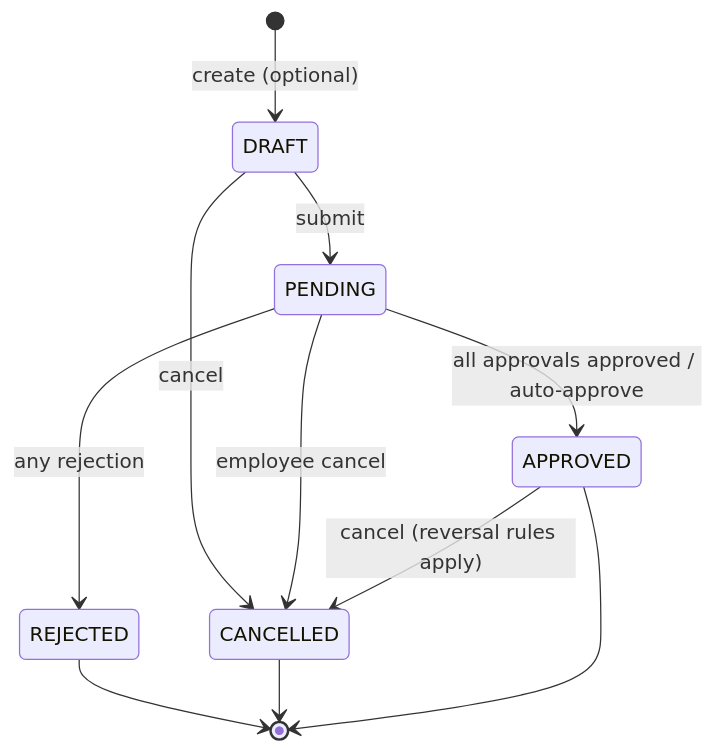
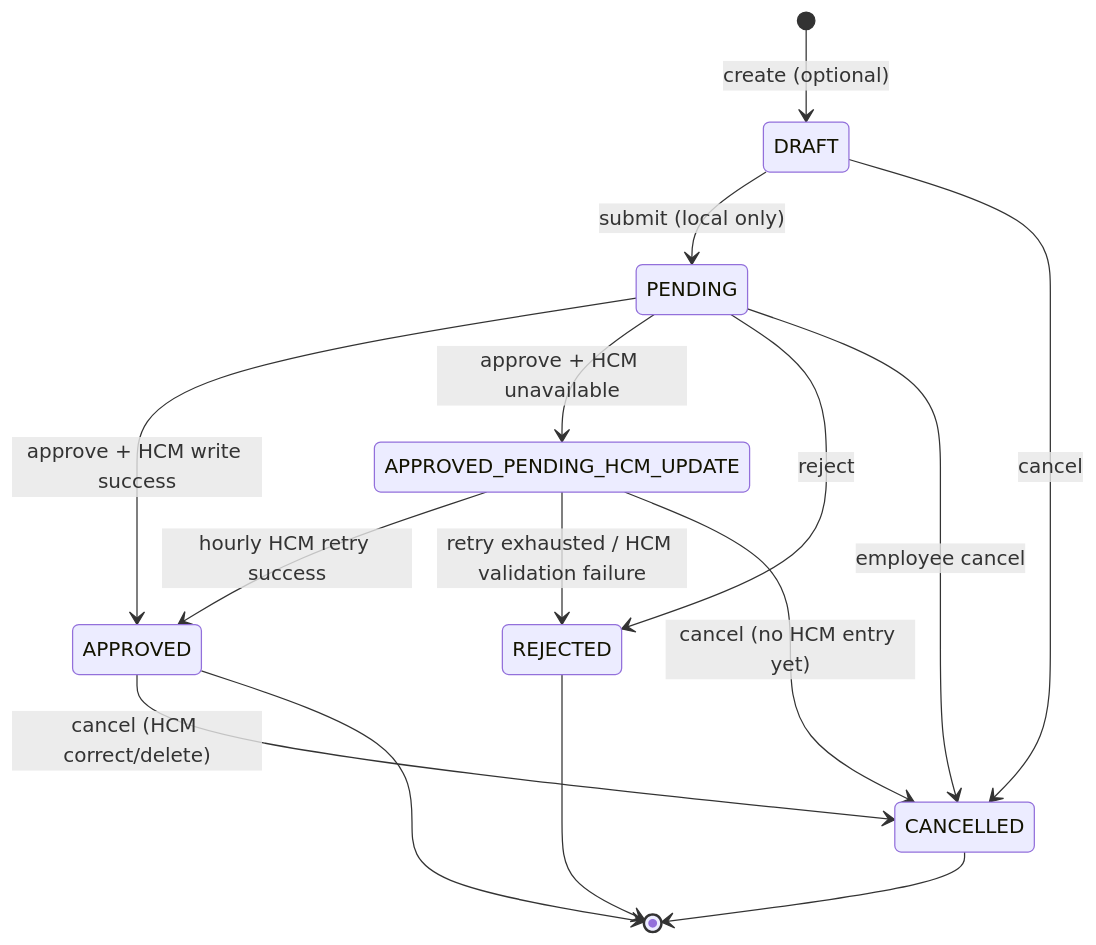
One commit to ohoushyar/timeoff-service-project changed the third of 3 diagrams in docs/spec.md. Above: the diagram before and after it, drawn with Mermaid. The commit also changed other lines of this file, not shown here.

````diff
--- a/docs/spec.md
+++ b/docs/spec.md
@@ -602,13 +629,17 @@
 ```mermaid
 stateDiagram-v2
   [*] --> DRAFT: create (optional)
-  DRAFT --> PENDING: submit
+  DRAFT --> PENDING: submit (local only)
   DRAFT --> CANCELLED: cancel
-  PENDING --> APPROVED: all approvals approved / auto-approve
-  PENDING --> REJECTED: any rejection
+  PENDING --> APPROVED: approve + HCM write success
+  PENDING --> APPROVED_PENDING_HCM_UPDATE: approve + HCM unavailable
+  PENDING --> REJECTED: reject
   PENDING --> CANCELLED: employee cancel
-  APPROVED --> CANCELLED: cancel (reversal rules apply)
+  APPROVED_PENDING_HCM_UPDATE --> APPROVED: hourly HCM retry success
+  APPROVED_PENDING_HCM_UPDATE --> REJECTED: retry exhausted / HCM validation failure
+  APPROVED_PENDING_HCM_UPDATE --> CANCELLED: cancel (no HCM entry yet)
+  APPROVED --> CANCELLED: cancel (HCM correct/delete)
   REJECTED --> [*]
   CANCELLED --> [*]
   APPROVED --> [*]
 ```
````
